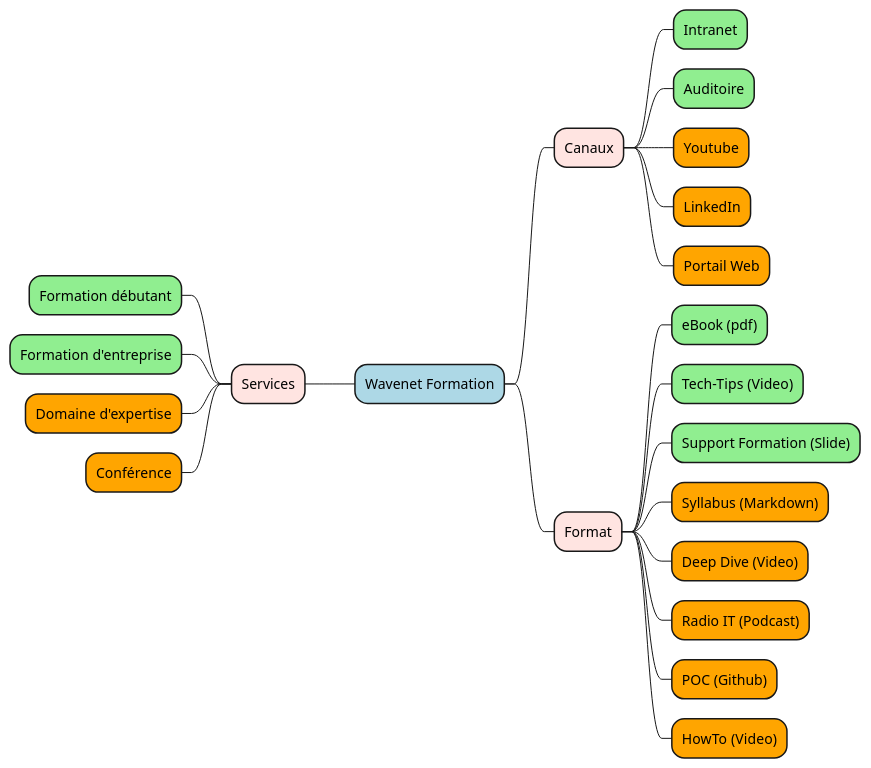
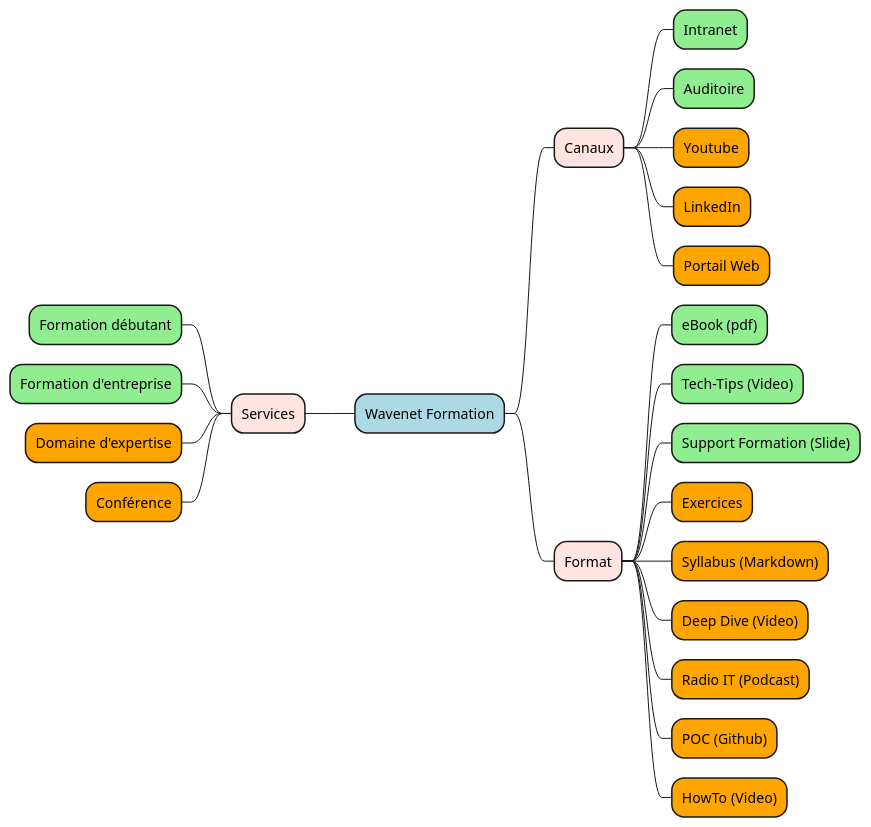
The diagram in diagram/formation.puml (diplomegalo/roadmap), drawn with PlantUML before and after one commit. The commit also changed 2 other files, not shown here.

```diff
--- a/diagram/formation.puml
+++ b/diagram/formation.puml
@@ -1,23 +1,24 @@
 @startmindmap
 *[#LightBlue] Wavenet Formation
 --[#MistyRose] Services
 ---[#Lightgreen] Formation débutant
 ---[#Lightgreen] Formation d'entreprise
 ---[#Orange] Domaine d'expertise
 ---[#Orange] Conférence
 **[#MistyRose] Canaux
 ***[#Lightgreen] Intranet
 ***[#Lightgreen] Auditoire
 ***[#Orange] Youtube
 ***[#Orange] LinkedIn
 ***[#Orange] Portail Web
 **[#MistyRose] Format
 ***[#Lightgreen] eBook (pdf)
 ***[#Lightgreen] Tech-Tips (Video)
 ***[#Lightgreen] Support Formation (Slide)
+***[#Orange] Exercices
 ***[#Orange] Syllabus (Markdown)
 ***[#Orange] Deep Dive (Video)
 ***[#Orange] Radio IT (Podcast)
 ***[#Orange] POC (Github)
 ***[#Orange] HowTo (Video)
 @endmindmap
```
